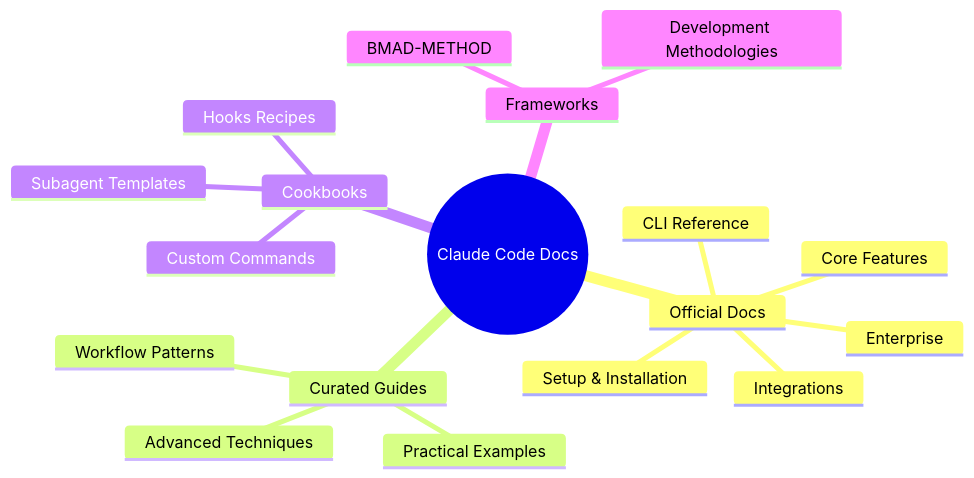
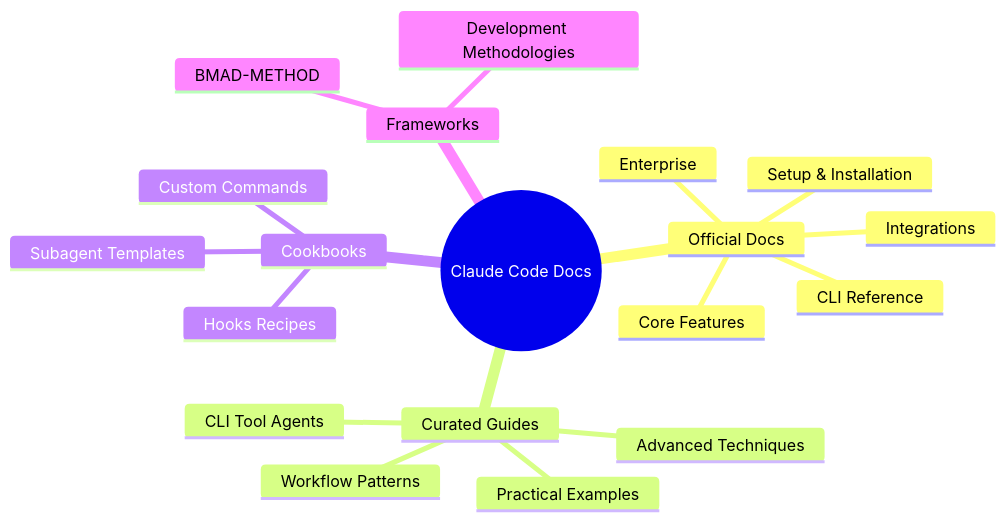
Before and after one commit to kareddy-dev/explore: the first of 2 diagrams in tools/claude-code/README.md, drawn with Mermaid. The commit also changed other lines of this file and 3 other files, not shown here.

First line of the commit message:
Add CLI Tool Integration and Bash Apps Documentation

````diff
--- a/tools/claude-code/README.md
+++ b/tools/claude-code/README.md
@@ -18,21 +18,22 @@
 ```mermaid
 mindmap
   root((Claude Code Docs))
     Official Docs
       Setup & Installation
       CLI Reference
       Core Features
       Enterprise
       Integrations
     Curated Guides
       Practical Examples
       Workflow Patterns
+      CLI Tool Agents
       Advanced Techniques
     Cookbooks
       Hooks Recipes
       Custom Commands
       Subagent Templates
     Frameworks
       BMAD-METHOD
       Development Methodologies
 ```
````
